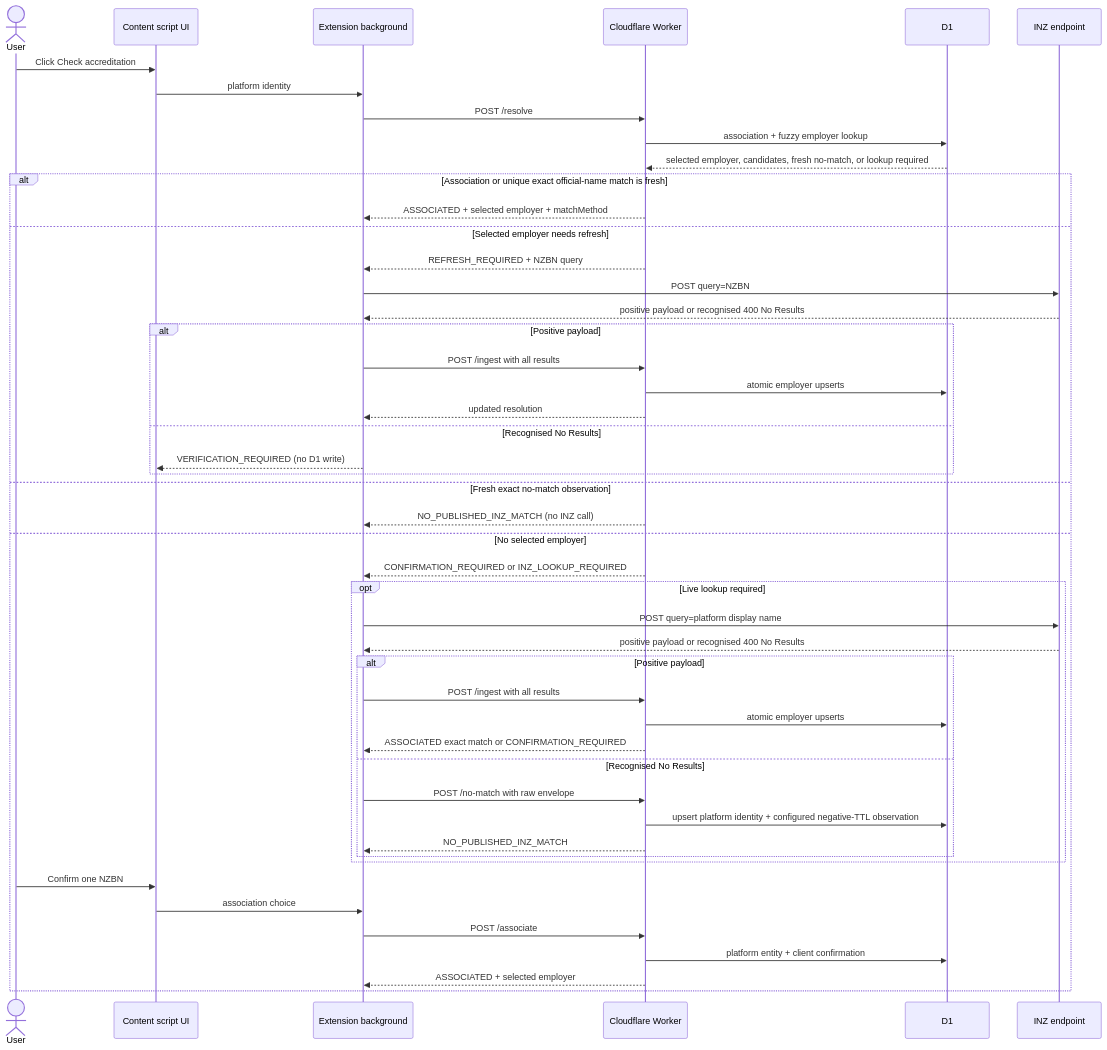
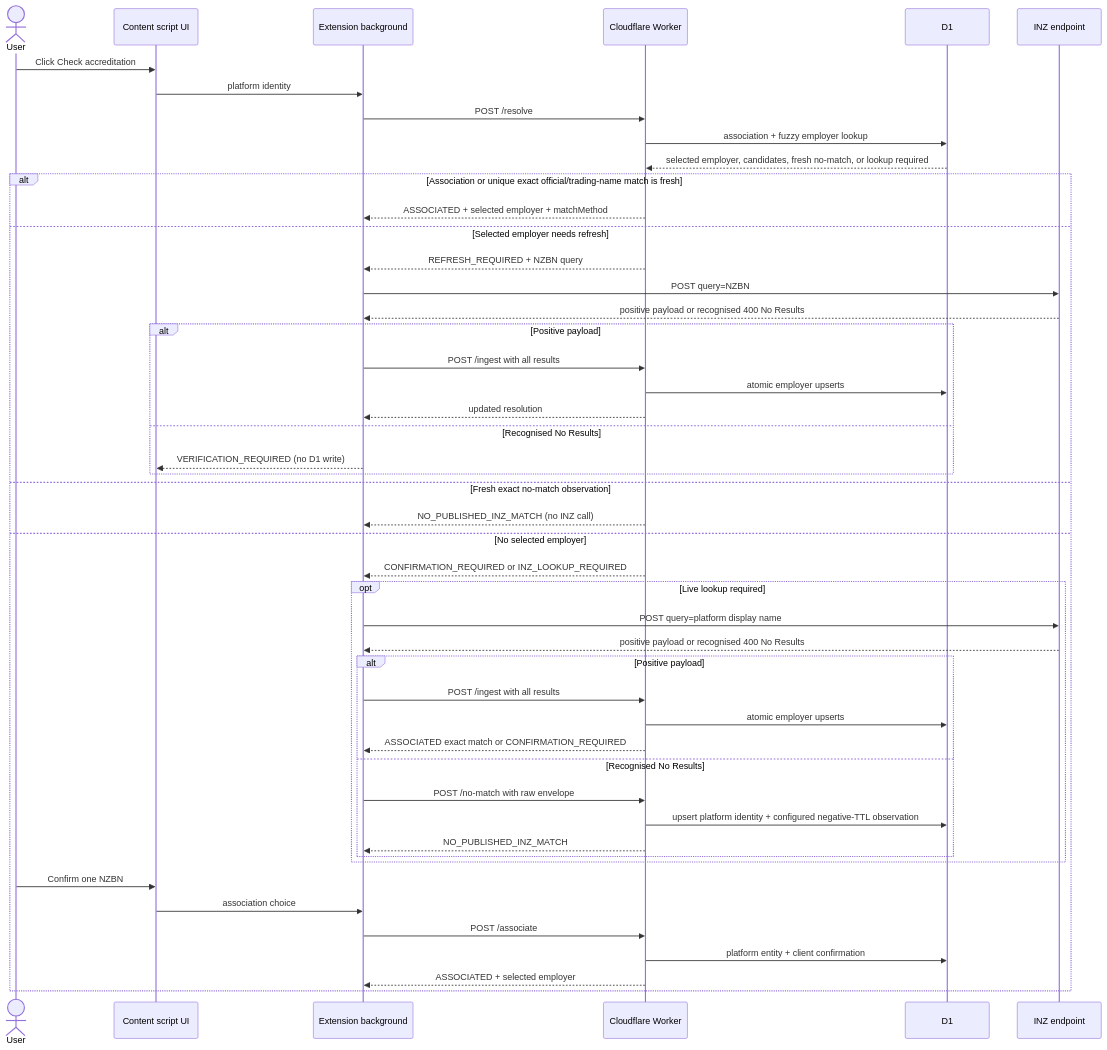
Before and after one commit to aizhimou/nz-accredited-employer-inspector: the diagram in docs/extension-api-ssot.md, drawn with Mermaid. The commit also changed other lines of this file and 32 other files, not shown here.

````diff
--- a/docs/extension-api-ssot.md
+++ b/docs/extension-api-ssot.md
@@ -41,52 +41,52 @@
 ```mermaid
 sequenceDiagram
     actor User
     participant UI as Content script UI
     participant Ext as Extension background
     participant API as Cloudflare Worker
     participant D1 as D1
     participant INZ as INZ endpoint
 
     User->>UI: Click Check accreditation
     UI->>Ext: platform identity
     Ext->>API: POST /resolve
     API->>D1: association + fuzzy employer lookup
     D1-->>API: selected employer, candidates, fresh no-match, or lookup required
 
-    alt Association or unique exact official-name match is fresh
+    alt Association or unique exact official/trading-name match is fresh
         API-->>Ext: ASSOCIATED + selected employer + matchMethod
     else Selected employer needs refresh
         API-->>Ext: REFRESH_REQUIRED + NZBN query
         Ext->>INZ: POST query=NZBN
         INZ-->>Ext: positive payload or recognised 400 No Results
         alt Positive payload
             Ext->>API: POST /ingest with all results
             API->>D1: atomic employer upserts
             API-->>Ext: updated resolution
         else Recognised No Results
             Ext-->>UI: VERIFICATION_REQUIRED (no D1 write)
         end
     else Fresh exact no-match observation
         API-->>Ext: NO_PUBLISHED_INZ_MATCH (no INZ call)
     else No selected employer
         API-->>Ext: CONFIRMATION_REQUIRED or INZ_LOOKUP_REQUIRED
         opt Live lookup required
             Ext->>INZ: POST query=platform display name
             INZ-->>Ext: positive payload or recognised 400 No Results
             alt Positive payload
                 Ext->>API: POST /ingest with all results
                 API->>D1: atomic employer upserts
                 API-->>Ext: ASSOCIATED exact match or CONFIRMATION_REQUIRED
             else Recognised No Results
                 Ext->>API: POST /no-match with raw envelope
                 API->>D1: upsert platform identity + configured negative-TTL observation
                 API-->>Ext: NO_PUBLISHED_INZ_MATCH
             end
         end
         User->>UI: Confirm one NZBN
         UI->>Ext: association choice
         Ext->>API: POST /associate
         API->>D1: platform entity + client confirmation
         API-->>Ext: ASSOCIATED + selected employer
     end
 ```
````
